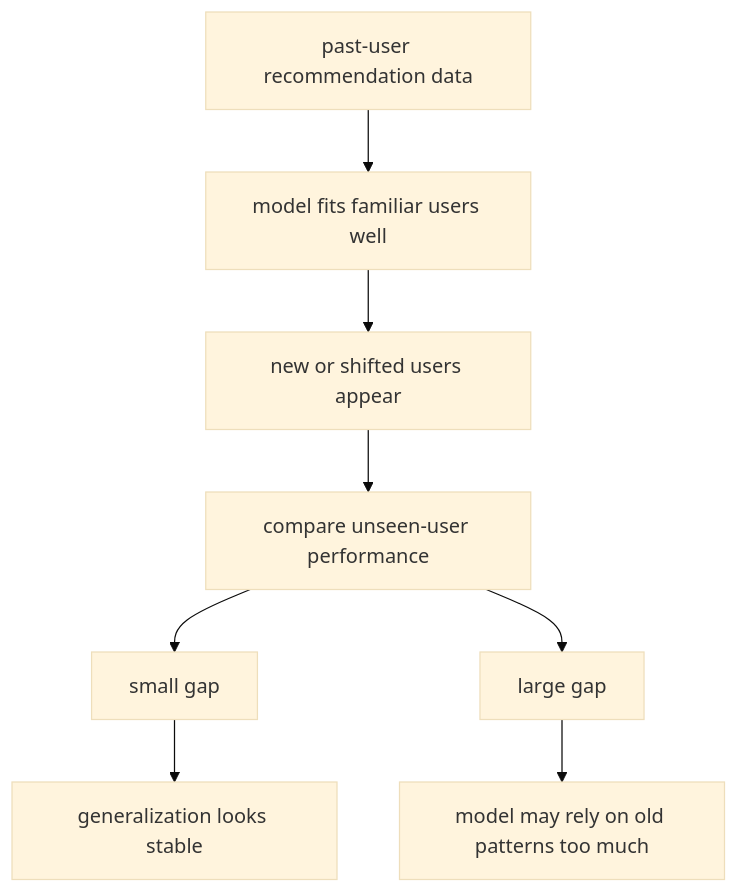
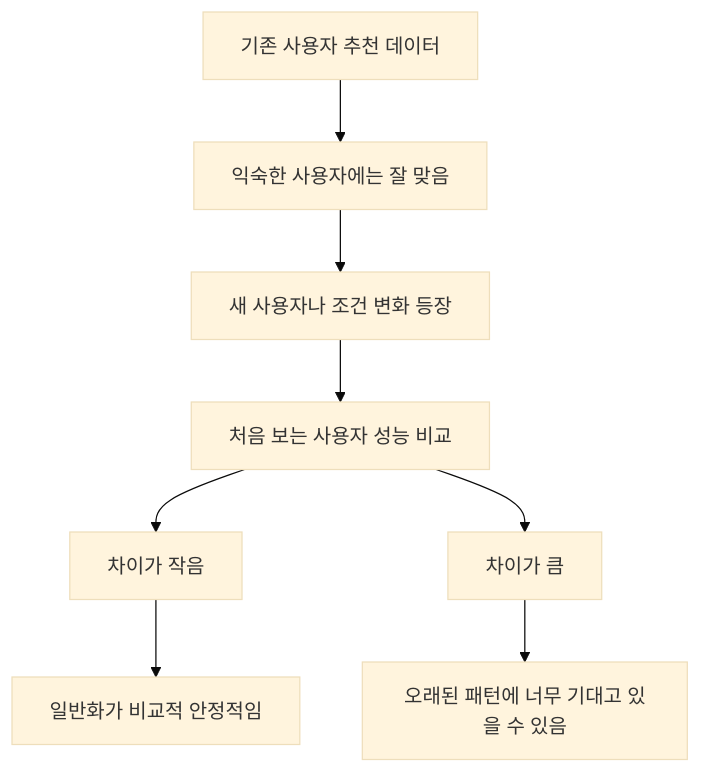
The third of 3 diagrams in docs/parts/part-04/chapter-05/section-02.md (devchan64/AiBook), drawn with Mermaid (base theme) before and after one commit. The commit also changed other lines of this file and 72 other files, not shown here.

````diff
--- a/docs/parts/part-04/chapter-05/section-02.md
+++ b/docs/parts/part-04/chapter-05/section-02.md
@@ -229,15 +229,15 @@
 ```mermaid
 flowchart TD
-  A["past-user recommendation data"]
-  B["model fits familiar users well"]
-  C["new or shifted users appear"]
-  D["compare unseen-user performance"]
-  E["small gap"]
-  F["large gap"]
-  G["generalization looks stable"]
-  H["model may rely on old patterns too much"]
+  A["기존 사용자 추천 데이터"]
+  B["익숙한 사용자에는 잘 맞음"]
+  C["새 사용자나 조건 변화 등장"]
+  D["처음 보는 사용자 성능 비교"]
+  E["차이가 작음"]
+  F["차이가 큼"]
+  G["일반화가 비교적 안정적임"]
+  H["오래된 패턴에 너무 기대고 있을 수 있음"]
 
   A --> B --> C --> D
   D --> E --> G
   D --> F --> H
 ```
````
